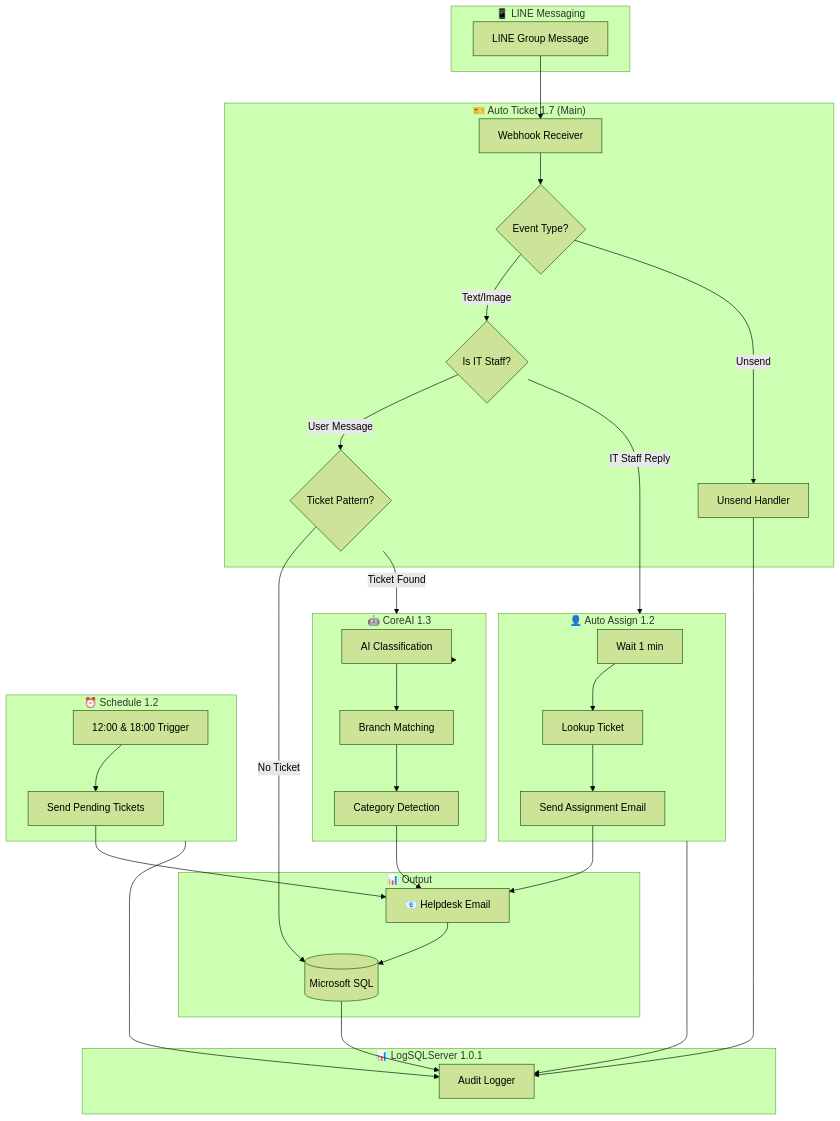
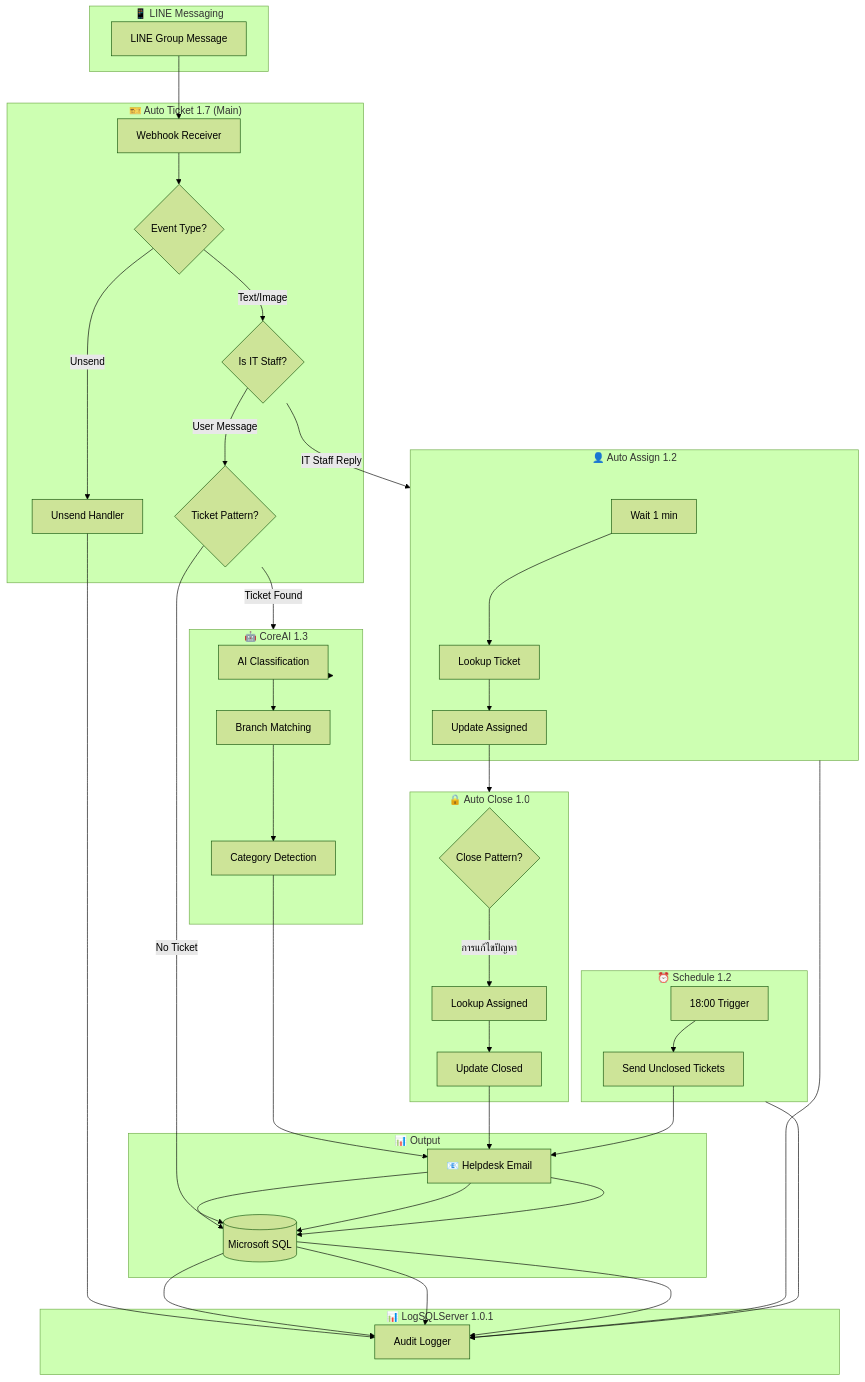
The first of 2 diagrams in README.md (Piyabordee/n8n-auto-ticket-system), drawn with Mermaid (forest theme) before and after one commit. The commit also changed other lines of this file and 3 other files, not shown here.

Commit message:
Update workflows: Remove 12:00 trigger from Schedule Ticket Unclose and enhance Auto Close Ticket SQL query

````diff
--- a/README.md
+++ b/README.md
@@ -36,52 +37,59 @@
 ```mermaid
 flowchart TB
     subgraph LINE["📱 LINE Messaging"]
         A[LINE Group Message]
     end
 
     subgraph Main["🎫 Auto Ticket 1.7 (Main)"]
         B[Webhook Receiver]
         C{Event Type?}
         D{Is IT Staff?}
         E{Ticket Pattern?}
         F[Unsend Handler]
     end
 
     subgraph AI["🤖 CoreAI 1.3"]
         G[AI Classification]
         H[Branch Matching]
         I[Category Detection]
     end
 
     subgraph Assign["👤 Auto Assign 1.2"]
         J[Wait 1 min]
         K[Lookup Ticket]
-        L[Send Assignment Email]
+        L[Update Assigned]
+    end
+
+    subgraph Close["🔒 Auto Close 1.0"]
+        M{Close Pattern?}
+        N[Lookup Assigned]
+        O[Update Closed]
     end
 
     subgraph Schedule["⏰ Schedule 1.2"]
-        M[12:00 & 18:00 Trigger]
-        N[Send Pending Tickets]
+        P[18:00 Trigger]
+        Q[Send Unclosed Tickets]
     end
 
     subgraph Audit["📊 LogSQLServer 1.0.1"]
-        O[Audit Logger]
+        R[Audit Logger]
     end
 
     subgraph Output["📊 Output"]
-        P[(Microsoft SQL)]
-        Q[📧 Helpdesk Email]
+        S[(Microsoft SQL)]
+        T[📧 Helpdesk Email]
     end
 
     A --> B --> C
     C -->|Text/Image| D
-    C -->|Unsend| F --> O
+    C -->|Unsend| F --> R
     D -->|IT Staff Reply| Assign
     D -->|User Message| E
-    E -->|Ticket Found| AI --> G --> H --> I --> Q --> P --> O
-    E -->|No Ticket| P
-    J --> K --> L --> Q
-    M --> N --> Q
-    Assign --> O
-    Schedule --> O
+    E -->|Ticket Found| AI --> G --> H --> I --> T --> S --> R
+    E -->|No Ticket| S
+    J --> K --> L --> Close
+    M -->|การแก้ไขปัญหา| N --> O --> T --> S --> R
+    P --> Q --> T --> S --> R
+    Assign --> R
+    Schedule --> R
 ```
````
